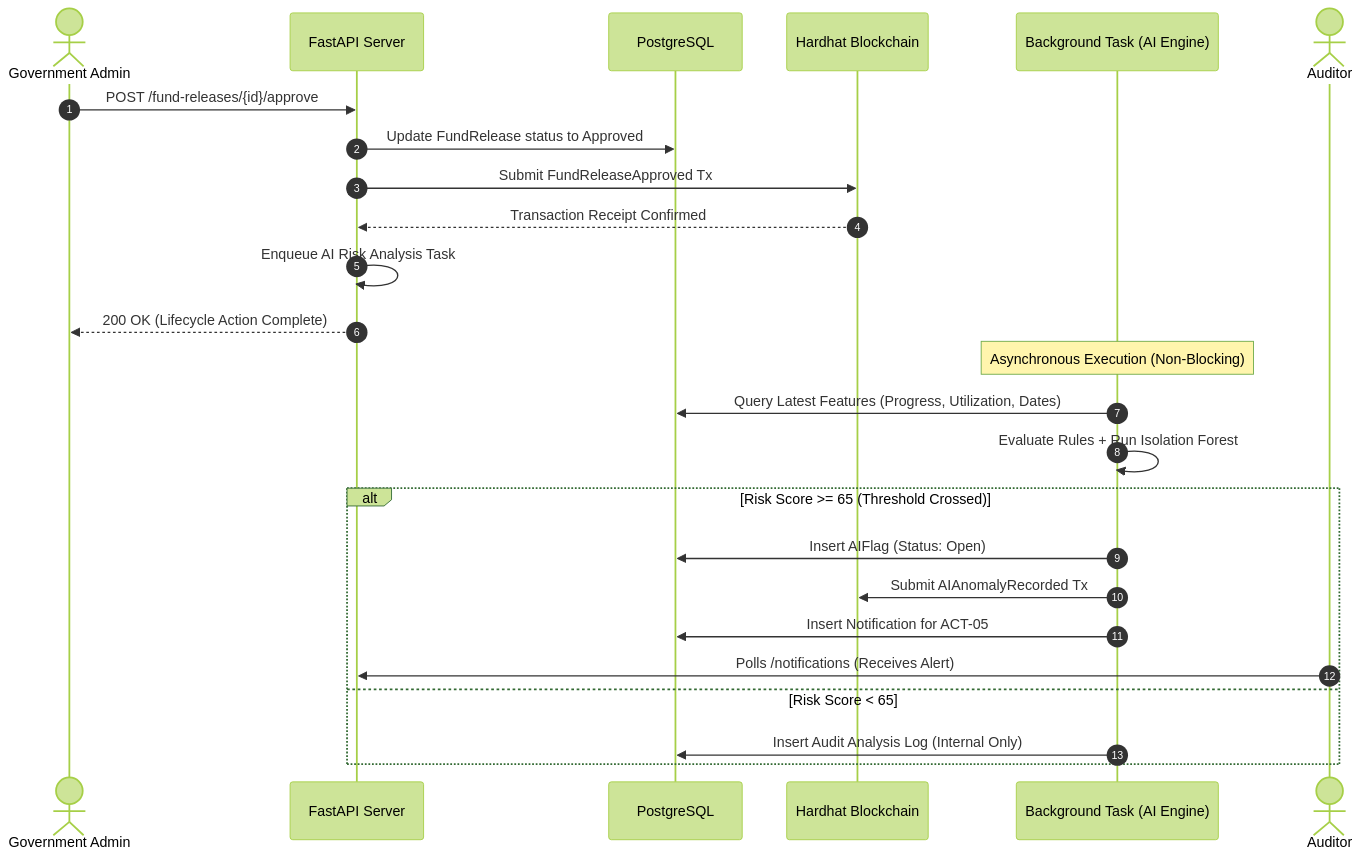
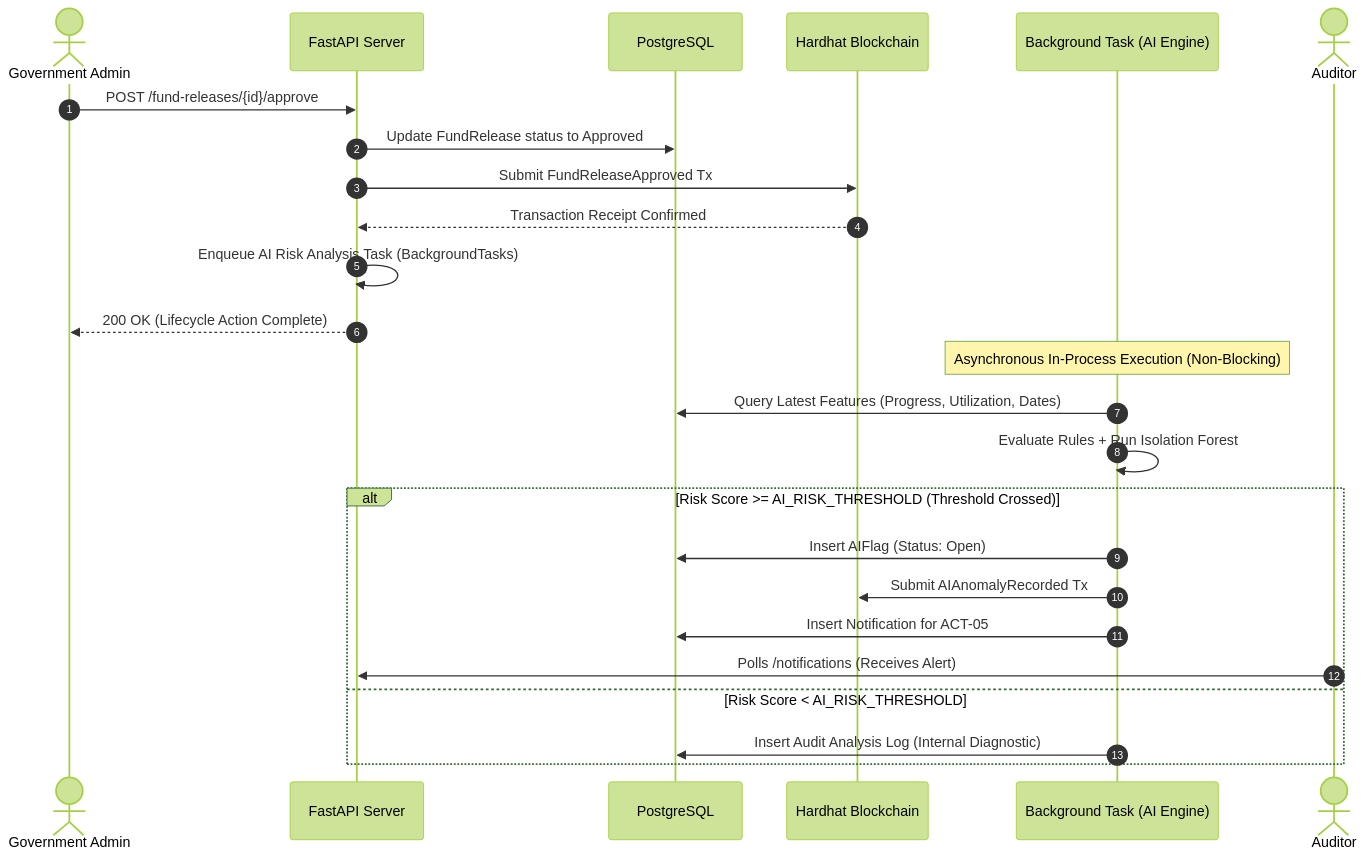
Before and after one commit to Nawazz6/public-fund-tracking-platform: the fifth of 6 diagrams in docs/03-TRD.md, drawn with Mermaid (forest theme). The commit also changed other lines of this file, not shown here.

````diff
--- a/docs/03-TRD.md
+++ b/docs/03-TRD.md
@@ -1029,29 +1081,29 @@
 ```mermaid
 sequenceDiagram
     autonumber
     actor Admin as Government Admin
     participant Server as FastAPI Server
     participant DB as PostgreSQL
     participant Chain as Hardhat Blockchain
     participant BG as Background Task (AI Engine)
     actor Auditor as Auditor
 
     Admin->>Server: POST /fund-releases/{id}/approve
     Server->>DB: Update FundRelease status to Approved
     Server->>Chain: Submit FundReleaseApproved Tx
     Chain-->>Server: Transaction Receipt Confirmed
-    Server->>Server: Enqueue AI Risk Analysis Task
+    Server->>Server: Enqueue AI Risk Analysis Task (BackgroundTasks)
     Server-->>Admin: 200 OK (Lifecycle Action Complete)
 
-    Note over BG: Asynchronous Execution (Non-Blocking)
+    Note over BG: Asynchronous In-Process Execution (Non-Blocking)
     BG->>DB: Query Latest Features (Progress, Utilization, Dates)
     BG->>BG: Evaluate Rules + Run Isolation Forest
-    alt Risk Score >= 65 (Threshold Crossed)
+    alt Risk Score >= AI_RISK_THRESHOLD (Threshold Crossed)
         BG->>DB: Insert AIFlag (Status: Open)
         BG->>Chain: Submit AIAnomalyRecorded Tx
         BG->>DB: Insert Notification for ACT-05
         Auditor->>Server: Polls /notifications (Receives Alert)
-    else Risk Score < 65
-        BG->>DB: Insert Audit Analysis Log (Internal Only)
+    else Risk Score < AI_RISK_THRESHOLD
+        BG->>DB: Insert Audit Analysis Log (Internal Diagnostic)
     end
 ```
````
